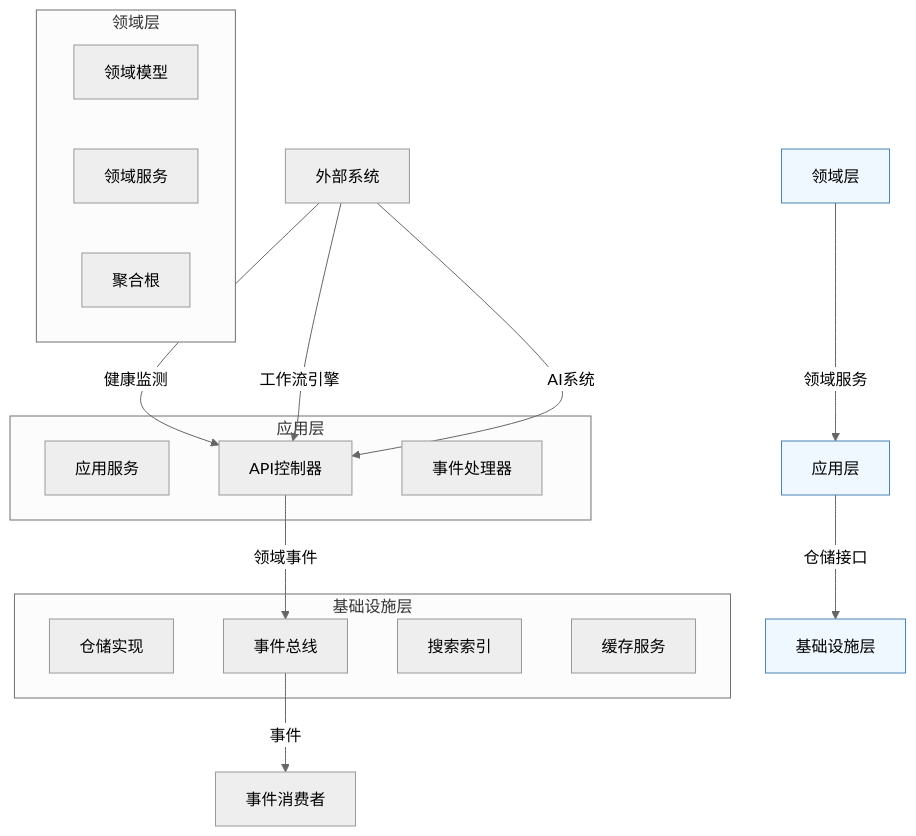
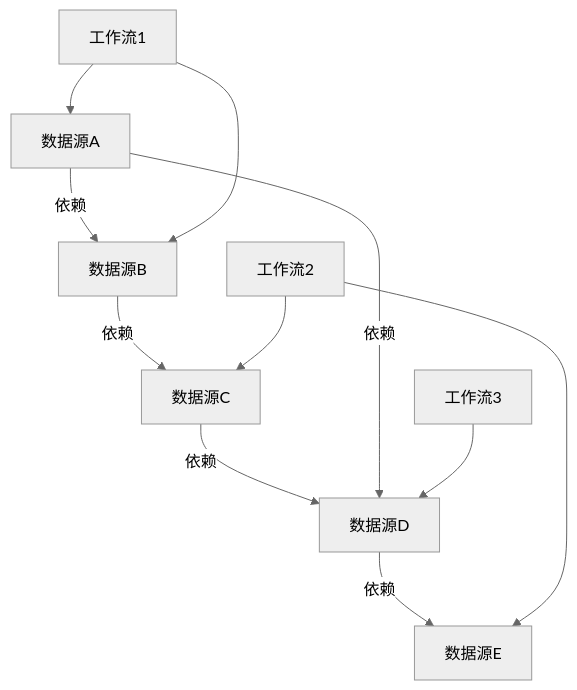
One commit to iiooiioo888/god_fo_python changed the first of 11 diagrams in doc/ch1re.md. Above: the diagram before and after it, drawn with Mermaid (neutral theme). The commit also changed other lines of this file and 1 other file, not shown here.

````diff
--- a/doc/ch1re.md
+++ b/doc/ch1re.md
@@ -94,33 +100,13 @@
 ```mermaid
 flowchart TD
-    A[领域层] -->|领域服务| B[应用层]
-    B -->|仓储接口| C[基础设施层]
-    
-    subgraph 领域层
-        A1[领域模型]
-        A2[领域服务]
-        A3[聚合根]
-    end
-    
-    subgraph 应用层
-        B1[应用服务]
-        B2[API控制器]
-        B3[事件处理器]
-    end
-    
-    subgraph 基础设施层
-        C1[仓储实现]
-        C2[事件总线]
-        C3[搜索索引]
-        C4[缓存服务]
-    end
-    
-    D[外部系统] -->|健康监测| B2
-    D -->|工作流引擎| B2
-    D -->|AI系统| B2
-    B2 -->|领域事件| C2
-    C2 -->|事件| E[事件消费者]
-    
-    classDef layer fill:#f0f8ff,stroke:#4682b4;
-    class A,B,C layer;
+    A[数据源A] -->|依赖| B[数据源B]
+    B -->|依赖| C[数据源C]
+    C -->|依赖| D[数据源D]
+    A -->|依赖| D
+    D -->|依赖| E[数据源E]
+    F[工作流1] --> A
+    F --> B
+    G[工作流2] --> C
+    G --> E
+    H[工作流3] --> D
 ```
````
